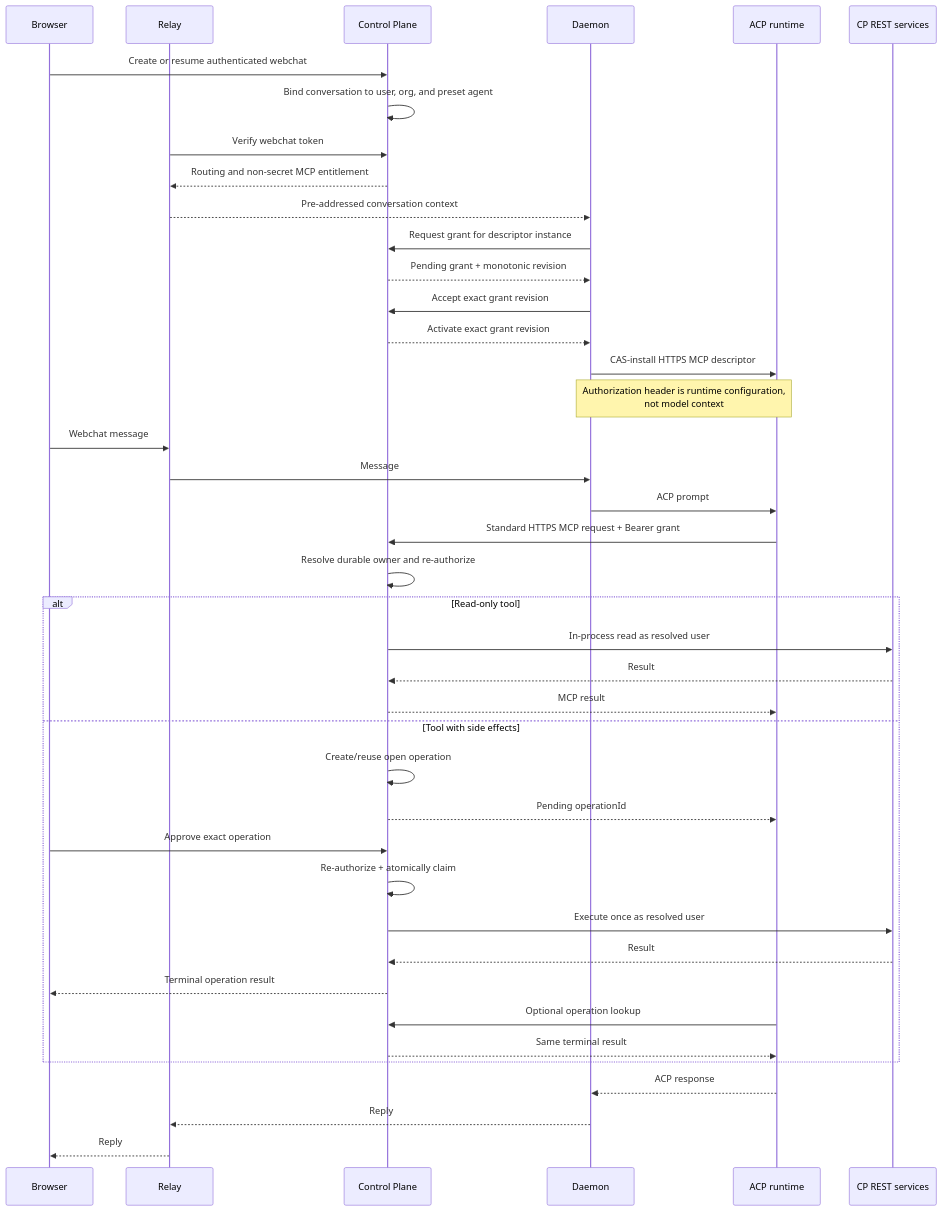
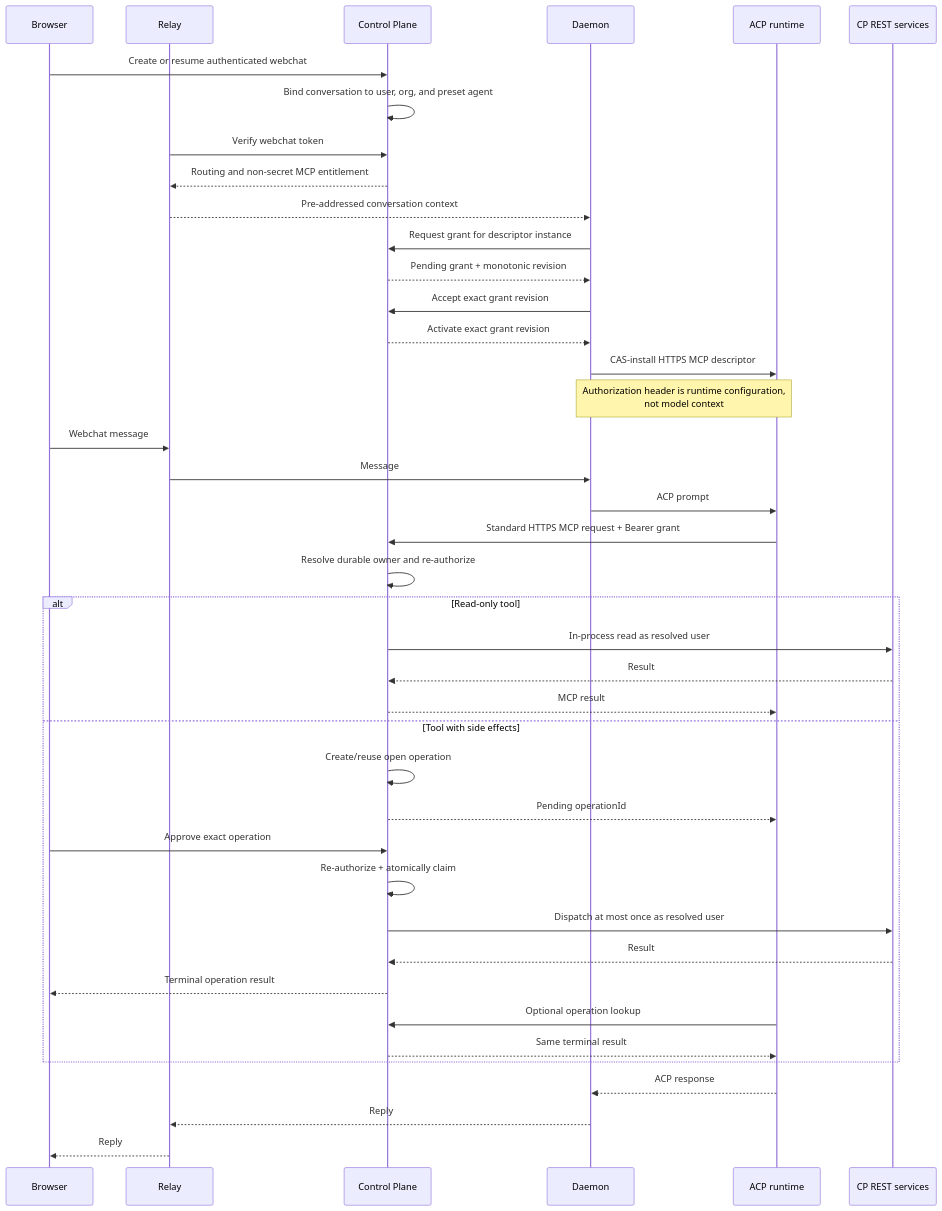
One commit to agentconnect-md/agentconnect changed the diagram in docs/designs/webchat-preset-agentconnect-mcp.md. Above: the diagram before and after it, drawn with Mermaid. The commit also changed other lines of this file and 1 other file, not shown here.

First line of the commit message:
docs: scope transport receipts by grant and state at-most-once dispatch

````diff
--- a/docs/designs/webchat-preset-agentconnect-mcp.md
+++ b/docs/designs/webchat-preset-agentconnect-mcp.md
@@ -117,44 +118,44 @@
 ```mermaid
 sequenceDiagram
     participant Browser
     participant Relay
     participant CP as Control Plane
     participant Daemon
     participant Runtime as ACP runtime
     participant REST as CP REST services
 
     Browser->>CP: Create or resume authenticated webchat
     CP->>CP: Bind conversation to user, org, and preset agent
     Relay->>CP: Verify webchat token
     CP-->>Relay: Routing and non-secret MCP entitlement
     Relay-->>Daemon: Pre-addressed conversation context
     Daemon->>CP: Request grant for descriptor instance
     CP-->>Daemon: Pending grant + monotonic revision
     Daemon->>CP: Accept exact grant revision
     CP-->>Daemon: Activate exact grant revision
     Daemon->>Runtime: CAS-install HTTPS MCP descriptor
     Note over Daemon,Runtime: Authorization header is runtime configuration,<br/>not model context
     Browser->>Relay: Webchat message
     Relay->>Daemon: Message
     Daemon->>Runtime: ACP prompt
     Runtime->>CP: Standard HTTPS MCP request + Bearer grant
     CP->>CP: Resolve durable owner and re-authorize
     alt Read-only tool
         CP->>REST: In-process read as resolved user
         REST-->>CP: Result
         CP-->>Runtime: MCP result
     else Tool with side effects
         CP->>CP: Create/reuse open operation
         CP-->>Runtime: Pending operationId
         Browser->>CP: Approve exact operation
         CP->>CP: Re-authorize + atomically claim
-        CP->>REST: Execute once as resolved user
+        CP->>REST: Dispatch at most once as resolved user
         REST-->>CP: Result
         CP-->>Browser: Terminal operation result
         Runtime->>CP: Optional operation lookup
         CP-->>Runtime: Same terminal result
     end
     Runtime-->>Daemon: ACP response
     Daemon-->>Relay: Reply
     Relay-->>Browser: Reply
 ```
````
